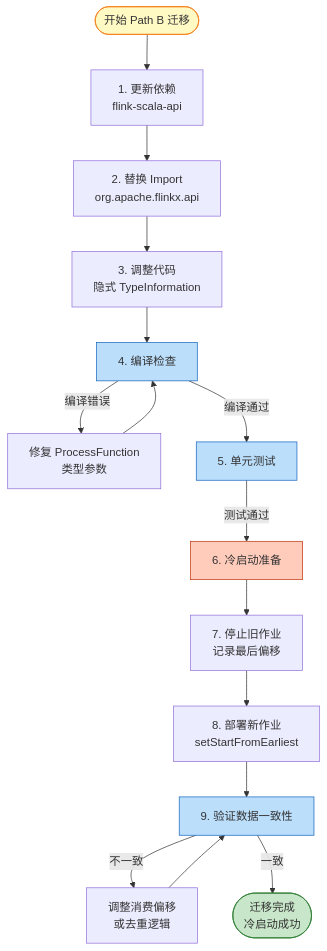
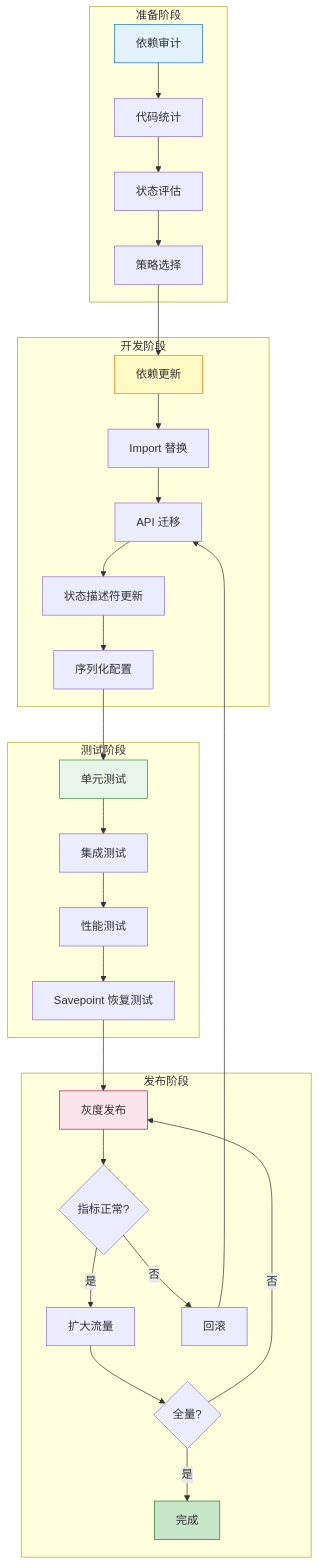
One commit to AdaMartin18010/AnalysisDataFlow changed the third of 5 diagrams in Flink/09-language-foundations/03.01-migration-guide.md. Above: the diagram before and after it, drawn with Mermaid. The commit also changed other lines of this file and 19 other files, not shown here.

````diff
--- a/Flink/09-language-foundations/03.01-migration-guide.md
+++ b/Flink/09-language-foundations/03.01-migration-guide.md
@@ -773,43 +1851,41 @@
 ```mermaid
-flowchart TD
-    A([开始 Path B 迁移]) --> B[1. 更新依赖
-    flink-scala-api]
+flowchart TB
+    subgraph 准备阶段
+        A1[依赖审计] --> A2[代码统计]
+        A2 --> A3[状态评估]
+        A3 --> A4[策略选择]
+    end
 
-    B --> C[2. 替换 Import
-    org.apache.flinkx.api]
+    subgraph 开发阶段
+        B1[依赖更新] --> B2[Import 替换]
+        B2 --> B3[API 迁移]
+        B3 --> B4[状态描述符更新]
+        B4 --> B5[序列化配置]
+    end
 
-    C --> D[3. 调整代码
-    隐式 TypeInformation]
+    subgraph 测试阶段
+        C1[单元测试] --> C2[集成测试]
+        C2 --> C3[性能测试]
+        C3 --> C4[Savepoint 恢复测试]
+    end
 
-    D --> E[4. 编译检查]
+    subgraph 发布阶段
+        D1[灰度发布] --> D2{指标正常?}
+        D2 -->|是| D3[扩大流量]
+        D2 -->|否| D4[回滚]
+        D3 --> D5{全量?}
+        D5 -->|否| D1
+        D5 -->|是| D6[完成]
+    end
 
-    E -->|编译错误| F[修复 ProcessFunction
-    类型参数]
-    F --> E
+    A4 --> B1
+    B5 --> C1
+    C4 --> D1
+    D4 --> B3
 
-    E -->|编译通过| G[5. 单元测试]
-
-    G -->|测试通过| H[6. 冷启动准备]
-
-    H --> I[7. 停止旧作业
-    记录最后偏移]
-
-    I --> J[8. 部署新作业
-    setStartFromEarliest]
-
-    J --> K[9. 验证数据一致性]
-
-    K -->|不一致| L[调整消费偏移
-    或去重逻辑]
-    L --> K
-
-    K -->|一致| M([迁移完成
-    冷启动成功])
-
-    style A fill:#fff9c4,stroke:#f57f17
-    style M fill:#c8e6c9,stroke:#2e7d32
-    style E fill:#bbdefb,stroke:#1565c0
-    style G fill:#bbdefb,stroke:#1565c0
-    style K fill:#bbdefb,stroke:#1565c0
-    style H fill:#ffccbc,stroke:#bf360c
+    style A1 fill:#e3f2fd,stroke:#1976d2
+    style B1 fill:#fff9c4,stroke:#f57f17
+    style C1 fill:#e8f5e9,stroke:#388e3c
+    style D1 fill:#fce4ec,stroke:#c2185b
+    style D6 fill:#c8e6c9,stroke:#2e7d32
 ```
````
